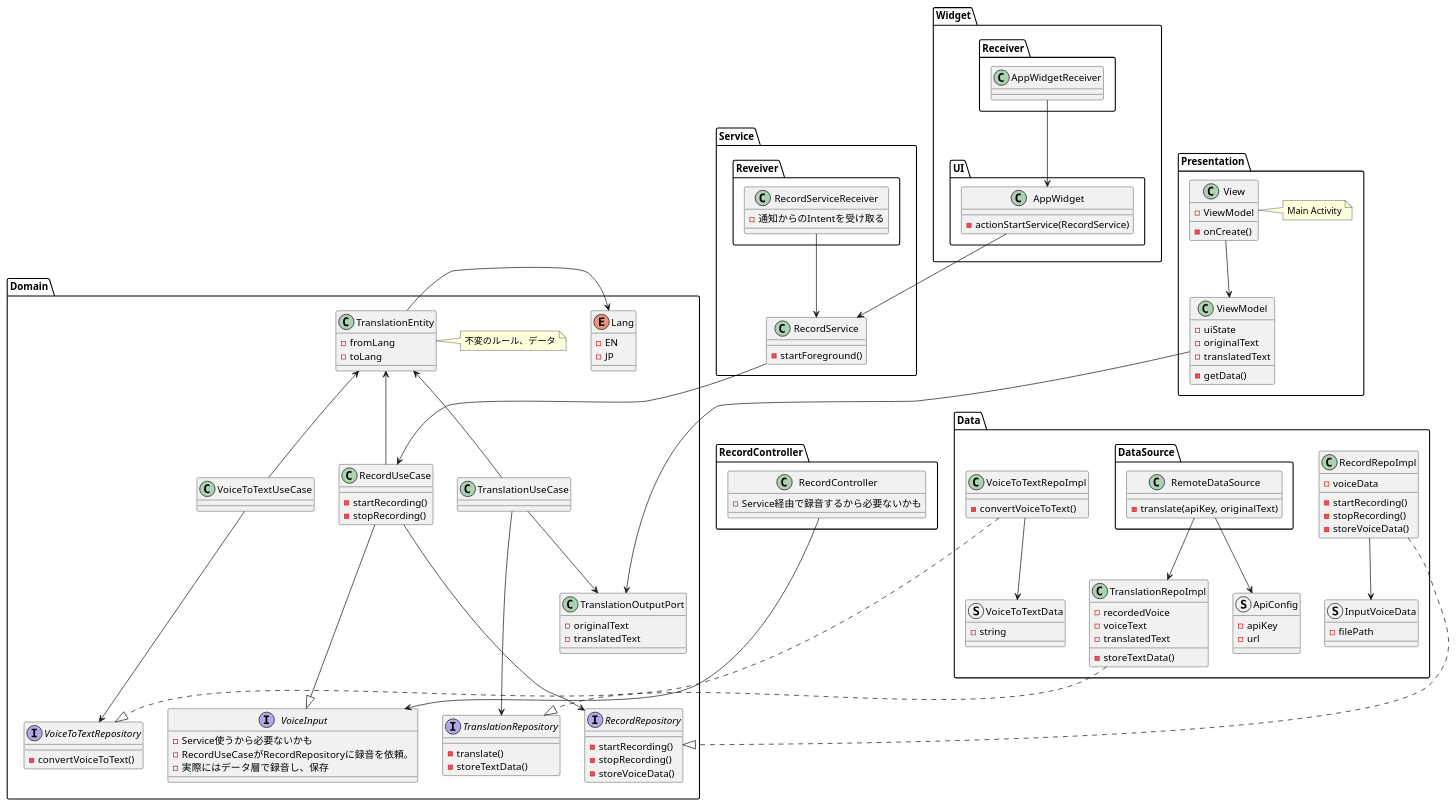
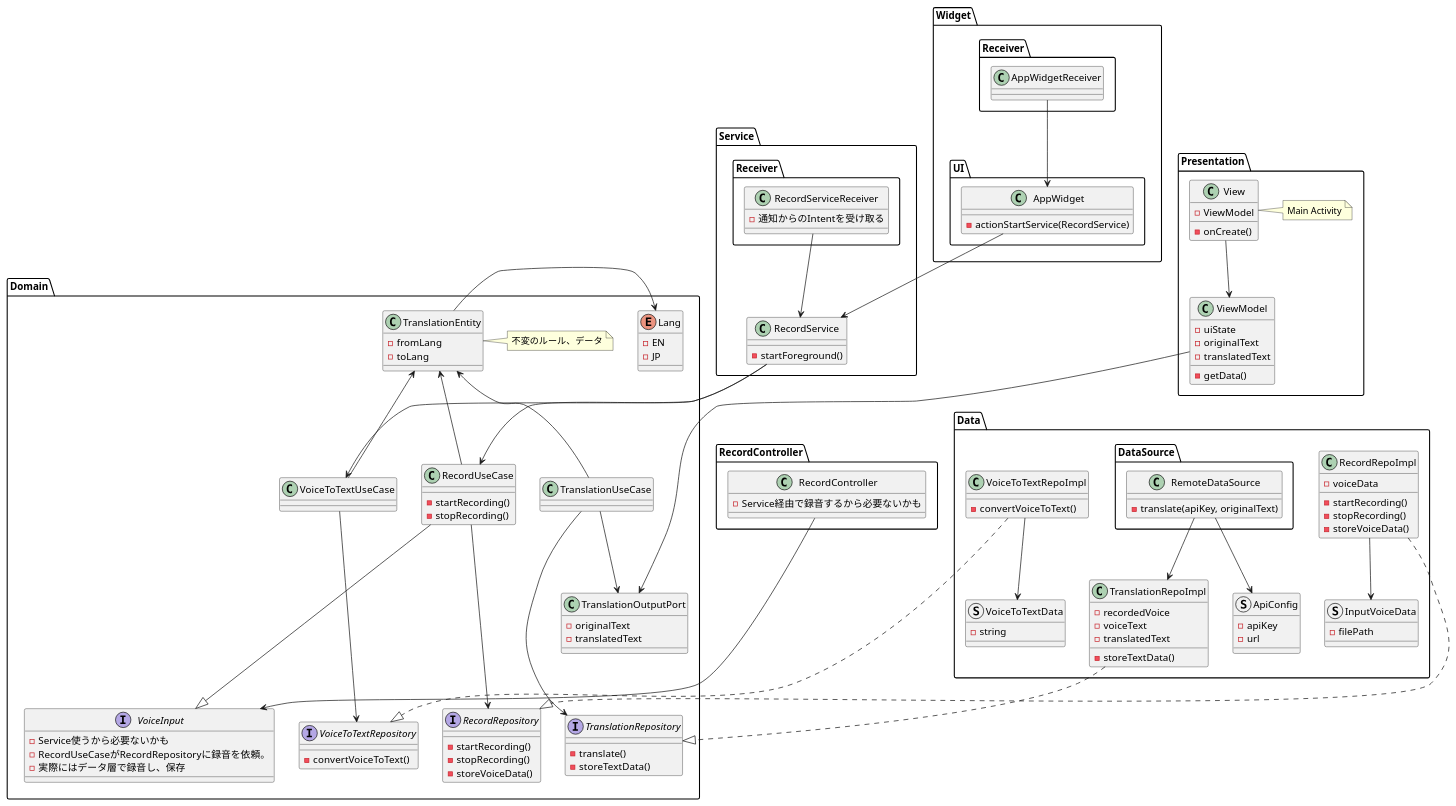
Before and after one commit to eight50/SeamlessTranslation: the diagram in app/docs/class_overview.puml, drawn with PlantUML. The commit also changed 18 other files, not shown here.

```diff
--- a/app/docs/class_overview.puml
+++ b/app/docs/class_overview.puml
@@ -1,188 +1,189 @@
 @startuml
 
 package Domain {
 
     together {
         class TranslationEntity {
             - fromLang
             - toLang
         }
 
         enum Lang {
             - EN
             - JP
         }
     }
 
     together {
         class TranslationUseCase {
 
         }
 
         class RecordUseCase {
             - startRecording()
             - stopRecording()
         }
 
         class VoiceToTextUseCase {
 
         }
     }
 
     together {
         interface TranslationRepository {
             - translate()
             - storeTextData()
         }
 
         interface RecordRepository {
             - startRecording()
             - stopRecording()
             - storeVoiceData()
         }
 
         interface VoiceToTextRepository {
             - convertVoiceToText()
 
         }
 
         interface VoiceInput {
             - Service使うから必要ないかも
             - RecordUseCaseがRecordRepositoryに録音を依頼。
             - 実際にはデータ層で録音し、保存
         }
 
     }
 
     class TranslationOutputPort {
         - originalText
         - translatedText
     }
 
 
 
     TranslationEntity --right> Lang
     TranslationUseCase --up> TranslationEntity
     TranslationUseCase --> TranslationRepository
     TranslationUseCase --> TranslationOutputPort
     RecordUseCase --up> TranslationEntity
     RecordUseCase --> RecordRepository
     RecordUseCase ---|> VoiceInput
     VoiceToTextUseCase --up> TranslationEntity
     VoiceToTextUseCase --> VoiceToTextRepository
 
     note right of TranslationEntity : 不変のルール、データ
 }
 
 
 package RecordController {
     class RecordController {
         - Service経由で録音するから必要ないかも
     }
 
     RecordController ---> VoiceInput
 
 }
 
 
 package Presentation {
     class View {
         - ViewModel
         - onCreate()
     }
 
     class ViewModel {
         - uiState
         - originalText
         - translatedText
         - getData()
     }
 
     View --> ViewModel
     ViewModel ---> TranslationOutputPort
     note right of View : Main Activity
 }
 
 
 package Data {
     class TranslationRepoImpl {
         - recordedVoice
         - voiceText
         - translatedText
         - storeTextData()
     }
 
     class RecordRepoImpl {
         - voiceData
         - startRecording()
         - stopRecording()
         - storeVoiceData()
     }
 
     class VoiceToTextRepoImpl {
         - convertVoiceToText()
     }
 
     struct ApiConfig {
         - apiKey
         - url
     }
 
     struct InputVoiceData {
         - filePath
     }
 
     struct VoiceToTextData {
         - string
     }
 
 
     package DataSource {
 
         class RemoteDataSource {
             - translate(apiKey, originalText)
         }
     }
 
 
     TranslationRepoImpl ..|> TranslationRepository
     RecordRepoImpl ..|> RecordRepository
     RecordRepoImpl --> InputVoiceData
     RemoteDataSource --> TranslationRepoImpl
     RemoteDataSource --> ApiConfig
     VoiceToTextRepoImpl ..|> VoiceToTextRepository
     VoiceToTextRepoImpl --> VoiceToTextData
 
 }
 
 package Service {
     class RecordService {
         - startForeground()
     }
 
-    package Reveiver{
+    package Receiver{
         class RecordServiceReceiver {
             - 通知からのIntentを受け取る
         }
     }
 
     RecordServiceReceiver --> RecordService
     RecordService --> RecordUseCase
+    RecordService --> VoiceToTextUseCase
 }
 
 package Widget {
     package UI {
         class AppWidget {
             - actionStartService(RecordService)
         }
     }
 
     package Receiver {
         class AppWidgetReceiver
     }
 
     Receiver.AppWidgetReceiver --> UI.AppWidget
     AppWidget --> Service.RecordService
 }
 
 @enduml
```
